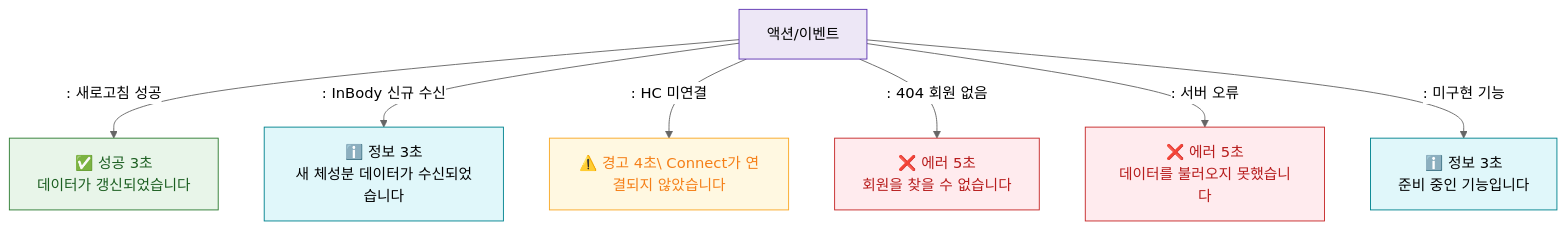
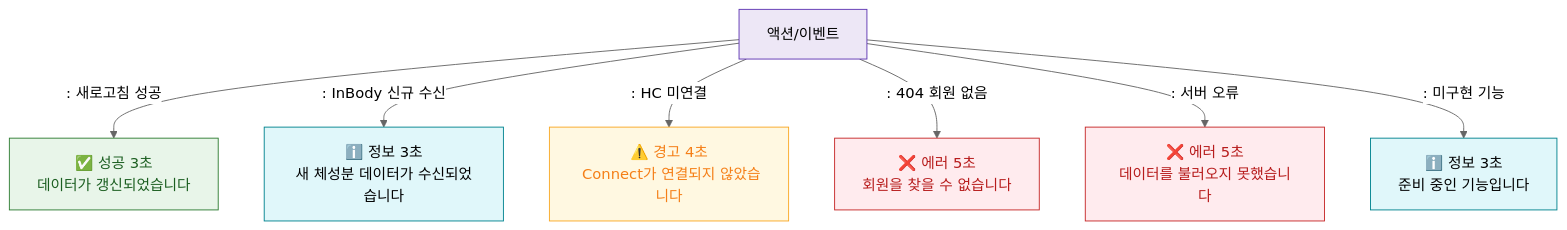
The diagram in docs/admin/다이어그램/D11_통합운영/SCR-I007_회원건강연동요약/F9_토스트.md (dev-spogym/admin-pando), drawn with Mermaid (neutral theme) before and after one commit. The commit also changed 369 other files, not shown here.

````diff
--- a/docs/admin/다이어그램/D11_통합운영/SCR-I007_회원건강연동요약/F9_토스트.md
+++ b/docs/admin/다이어그램/D11_통합운영/SCR-I007_회원건강연동요약/F9_토스트.md
@@ -14,21 +14,21 @@
 ```mermaid
 flowchart TD
     ACTIONS[액션/이벤트]
     ACTIONS -->|": 새로고침 성공"|T_OK1[✅ 성공 3초\n데이터가 갱신되었습니다]
     ACTIONS -->|": InBody 신규 수신"|T_INFO1[ℹ️ 정보 3초\n새 체성분 데이터가 수신되었습니다]
-    ACTIONS -->|": HC 미연결"|T_WARN1[⚠️ 경고 4초\ Connect가 연결되지 않았습니다]
+    ACTIONS -->|": HC 미연결"|T_WARN1[⚠️ 경고 4초<br/> Connect가 연결되지 않았습니다]
     ACTIONS -->|": 404 회원 없음"|T_ERR1[❌ 에러 5초\n회원을 찾을 수 없습니다]
     ACTIONS -->|": 서버 오류"|T_ERR2[❌ 에러 5초\n데이터를 불러오지 못했습니다]
     ACTIONS -->|": 미구현 기능"|T_INFO2[ℹ️ 정보 3초\n준비 중인 기능입니다]
 
     classDef success fill:#E8F5E9,stroke:#2E7D32,color:#1B5E20
     classDef info fill:#E0F7FA,stroke:#00838F
     classDef warning fill:#FFF8E1,stroke:#F9A825,color:#F57F17
     classDef error fill:#FFEBEE,stroke:#C62828,color:#B71C1C
     classDef system fill:#EDE7F6,stroke:#5E35B2
     class T_OK1 success
     class T_INFO1,T_INFO2 info
     class T_WARN1 warning
     class T_ERR1,T_ERR2 error
     class ACTIONS system
 ```
````
